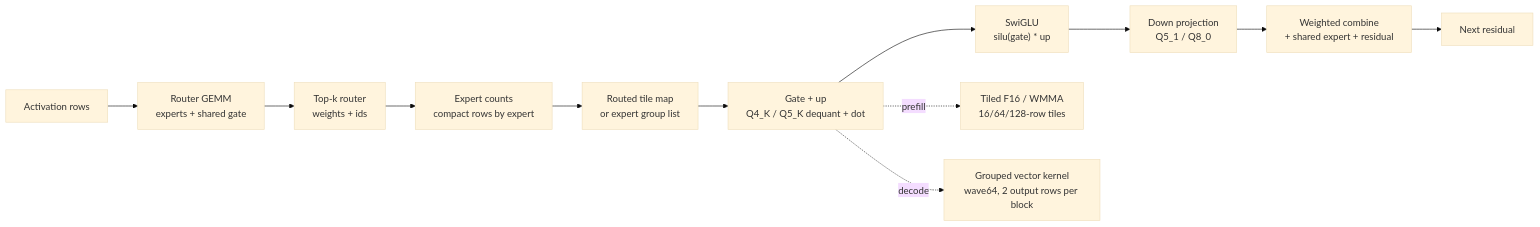
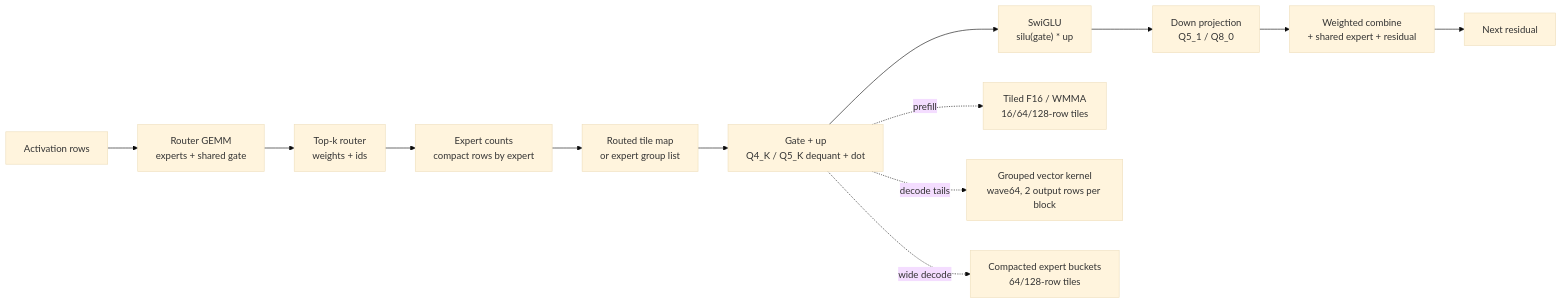
One commit to zugliebhaber/gufo changed the fourth of 7 diagrams in docs/ARCHITECTURE.md. Above: the diagram before and after it, drawn with Mermaid (base theme). The commit also changed other lines of this file and 49 other files, not shown here.

````diff
--- a/docs/ARCHITECTURE.md
+++ b/docs/ARCHITECTURE.md
@@ -142,16 +147,17 @@
 ```mermaid
 flowchart LR
     X["Activation rows"] --> R["Router GEMM<br/>experts + shared gate"]
     R --> TK["Top-k router<br/>weights + ids"]
     TK --> CNT["Expert counts<br/>compact rows by expert"]
     CNT --> MAP["Routed tile map<br/>or expert group list"]
 
     MAP --> GU["Gate + up<br/>Q4_K / Q5_K dequant + dot"]
     GU --> SW["SwiGLU<br/>silu(gate) * up"]
     SW --> DN["Down projection<br/>Q5_1 / Q8_0"]
     DN --> EP["Weighted combine<br/>+ shared expert + residual"]
     EP --> OUT["Next residual"]
 
     GU -. prefill .-> TILED["Tiled F16 / WMMA<br/>16/64/128-row tiles"]
-    GU -. decode .-> VEC["Grouped vector kernel<br/>wave64, 2 output rows per block"]
+    GU -. decode tails .-> VEC["Grouped vector kernel<br/>wave64, 2 output rows per block"]
+    GU -. wide decode .-> WIDE["Compacted expert buckets<br/>64/128-row tiles"]
 ```
````
